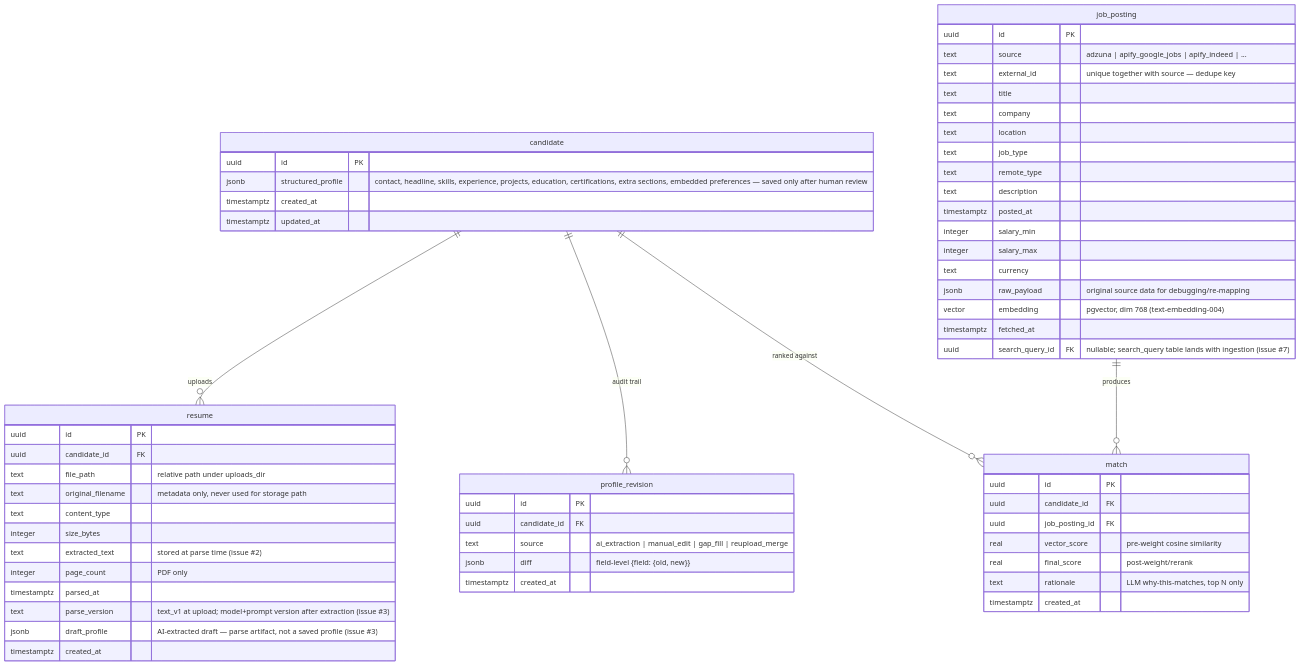
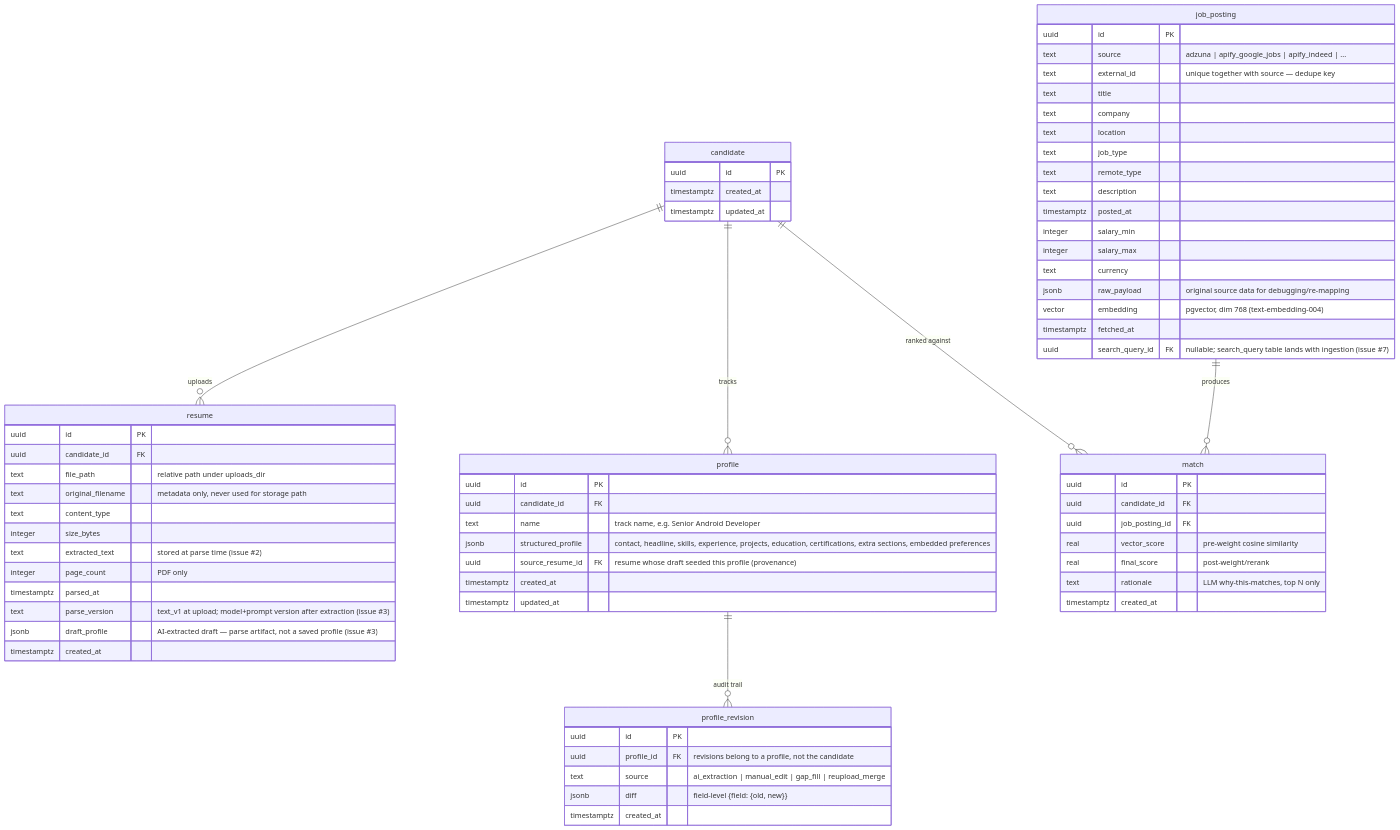
Before and after one commit to MSVhora/ai_job_assistant: the fourth of 4 diagrams in docs/architecture.md, drawn with Mermaid. The commit also changed other lines of this file and 36 other files, not shown here.

Commit message:
Add multi-profile tracks, resume list, and profile provenance

````diff
--- a/docs/architecture.md
+++ b/docs/architecture.md
@@ -108,67 +108,77 @@
 ```mermaid
 erDiagram
     candidate ||--o{ resume : "uploads"
-    candidate ||--o{ profile_revision : "audit trail"
+    candidate ||--o{ profile : "tracks"
+    profile ||--o{ profile_revision : "audit trail"
     candidate ||--o{ match : "ranked against"
     job_posting ||--o{ match : "produces"
 
     candidate {
         uuid id PK
-        jsonb structured_profile "contact, headline, skills, experience, projects, education, certifications, extra sections, embedded preferences — saved only after human review"
+        timestamptz created_at
+        timestamptz updated_at
+    }
+
+    profile {
+        uuid id PK
+        uuid candidate_id FK
+        text name "track name, e.g. Senior Android Developer"
+        jsonb structured_profile "contact, headline, skills, experience, projects, education, certifications, extra sections, embedded preferences"
+        uuid source_resume_id FK "resume whose draft seeded this profile (provenance)"
         timestamptz created_at
         timestamptz updated_at
     }
 
     resume {
         uuid id PK
         uuid candidate_id FK
         text file_path "relative path under uploads_dir"
         text original_filename "metadata only, never used for storage path"
         text content_type
         integer size_bytes
         text extracted_text "stored at parse time (issue #2)"
         integer page_count "PDF only"
         timestamptz parsed_at
         text parse_version "text_v1 at upload; model+prompt version after extraction (issue #3)"
         jsonb draft_profile "AI-extracted draft — parse artifact, not a saved profile (issue #3)"
         timestamptz created_at
     }
 
     profile_revision {
         uuid id PK
-        uuid candidate_id FK
+        uuid profile_id FK "revisions belong to a profile, not the candidate"
         text source "ai_extraction | manual_edit | gap_fill | reupload_merge"
         jsonb diff "field-level {field: {old, new}}"
         timestamptz created_at
     }
 
     job_posting {
         uuid id PK
         text source "adzuna | apify_google_jobs | apify_indeed | ..."
         text external_id "unique together with source — dedupe key"
         text title
         text company
         text location
         text job_type
         text remote_type
         text description
         timestamptz posted_at
         integer salary_min
         integer salary_max
         text currency
         jsonb raw_payload "original source data for debugging/re-mapping"
         vector embedding "pgvector, dim 768 (text-embedding-004)"
         timestamptz fetched_at
         uuid search_query_id FK "nullable; search_query table lands with ingestion (issue #7)"
     }
 
     match {
         uuid id PK
         uuid candidate_id FK
         uuid job_posting_id FK
         real vector_score "pre-weight cosine similarity"
         real final_score "post-weight/rerank"
         text rationale "LLM why-this-matches, top N only"
         timestamptz created_at
     }
 ```
````
